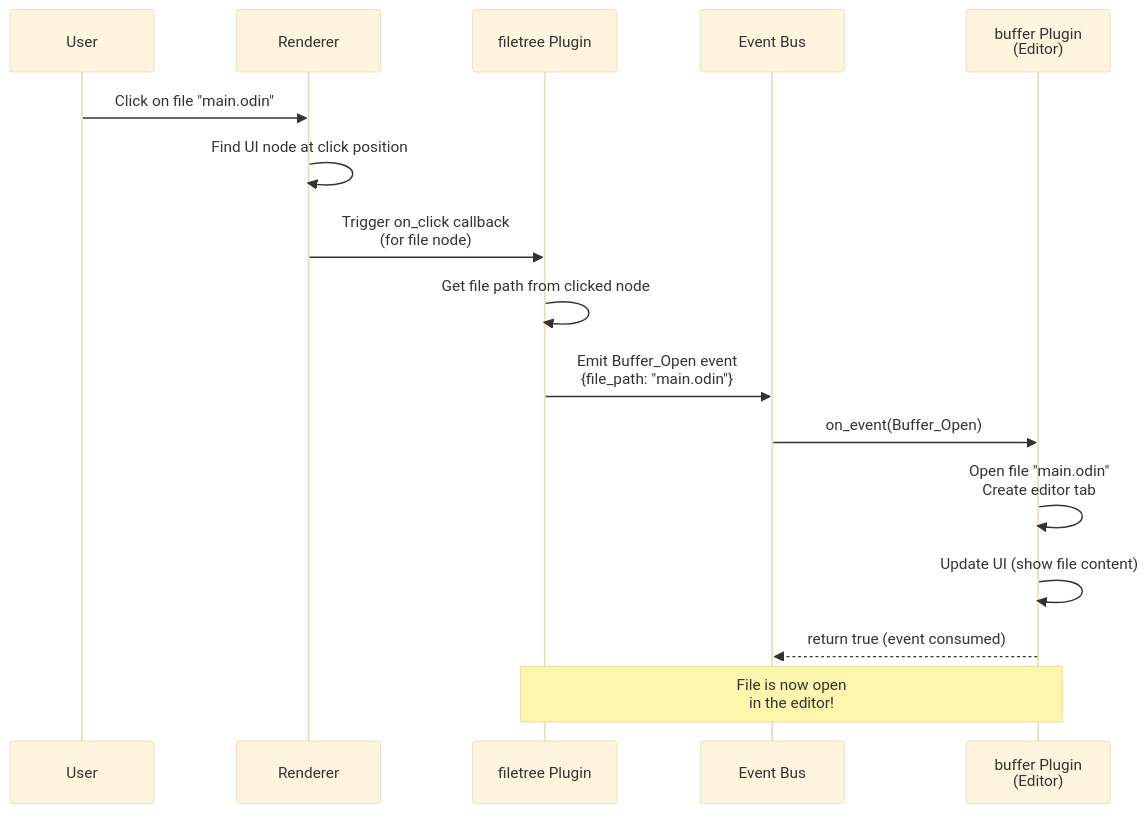
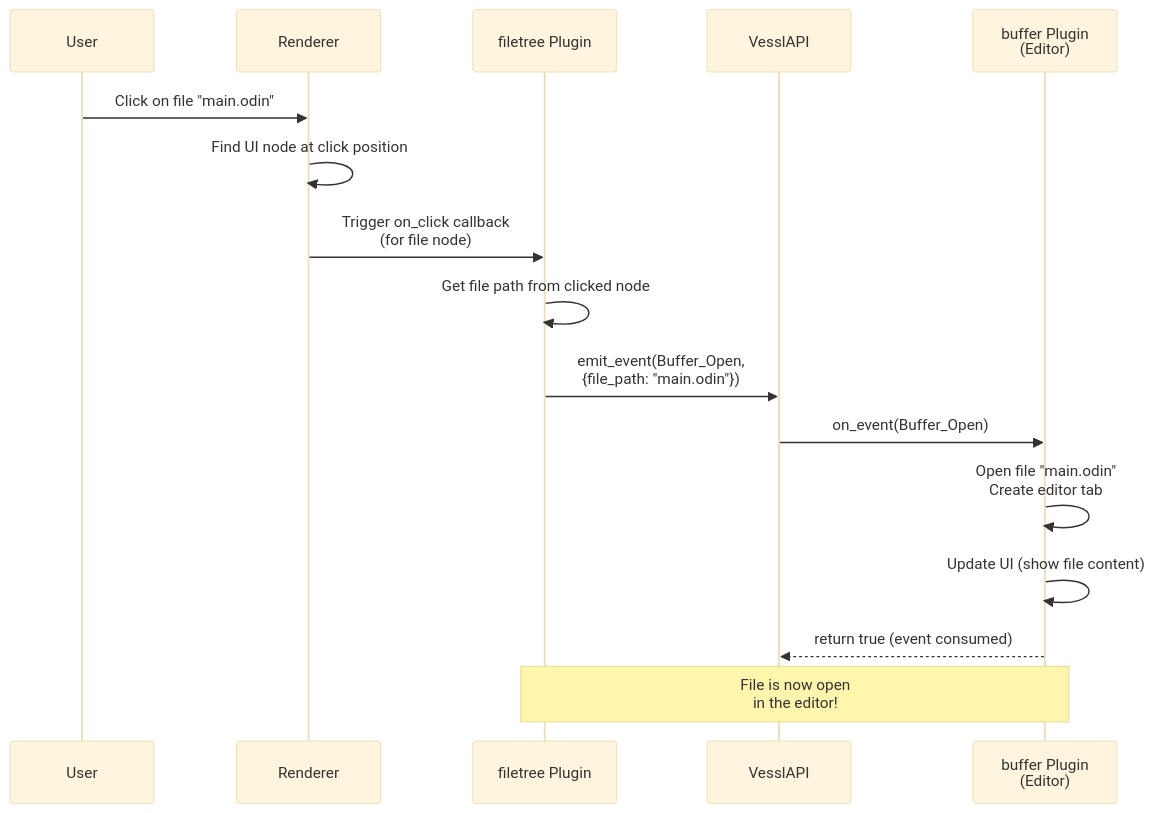
The third of 7 diagrams in PLUGIN_API.md (bloodmagesoftware/vessl), drawn with Mermaid (base theme) before and after one commit. The commit also changed other lines of this file and 12 other files, not shown here.

````diff
--- a/PLUGIN_API.md
+++ b/PLUGIN_API.md
@@ -89,22 +123,22 @@
 ```mermaid
 sequenceDiagram
     participant User as User
     participant Renderer as Renderer
     participant Filetree as filetree Plugin
-    participant EventBus as Event Bus
+    participant API as VesslAPI
     participant Buffer as buffer Plugin<br/>(Editor)
     
     User->>Renderer: Click on file "main.odin"
     Renderer->>Renderer: Find UI node at click position
     Renderer->>Filetree: Trigger on_click callback<br/>(for file node)
     
     Filetree->>Filetree: Get file path from clicked node
-    Filetree->>EventBus: Emit Buffer_Open event<br/>{file_path: "main.odin"}
+    Filetree->>API: emit_event(Buffer_Open,<br/>{file_path: "main.odin"})
     
-    EventBus->>Buffer: on_event(Buffer_Open)
+    API->>Buffer: on_event(Buffer_Open)
     Buffer->>Buffer: Open file "main.odin"<br/>Create editor tab
     Buffer->>Buffer: Update UI (show file content)
-    Buffer-->>EventBus: return true (event consumed)
+    Buffer-->>API: return true (event consumed)
     
     Note over Filetree,Buffer: File is now open<br/>in the editor!
 ```
````
